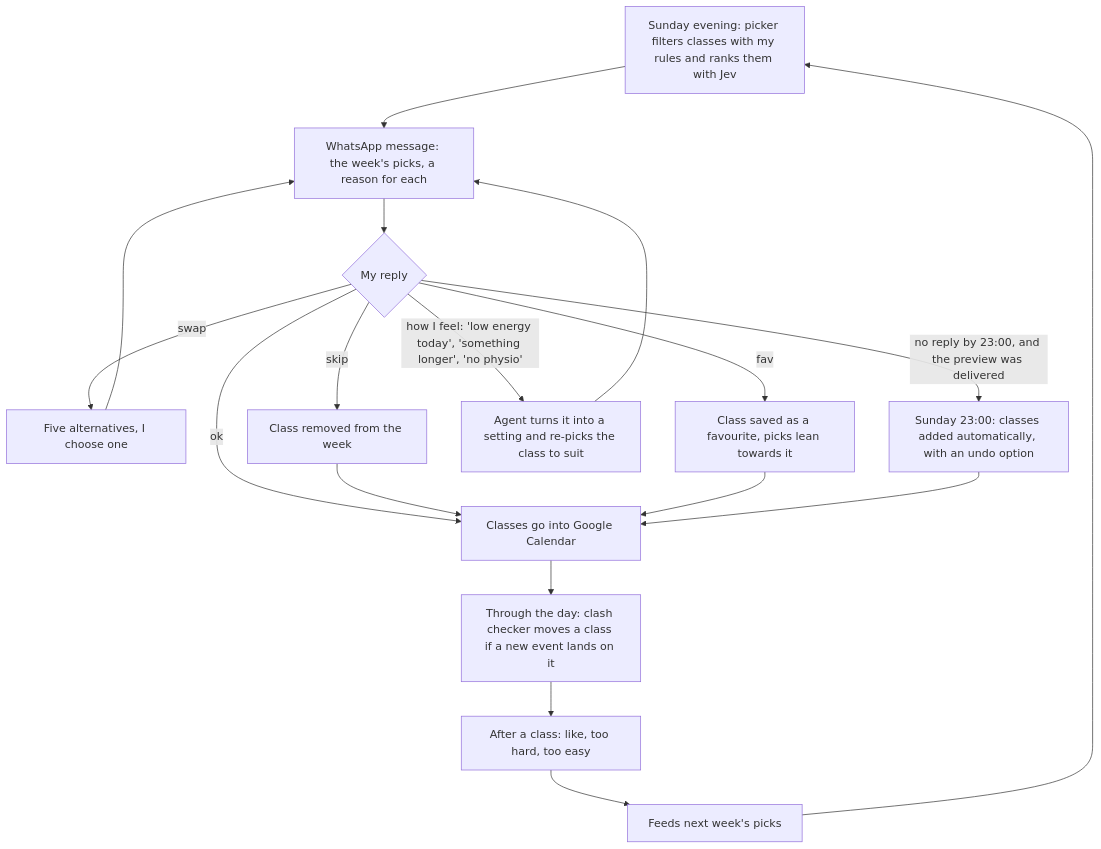
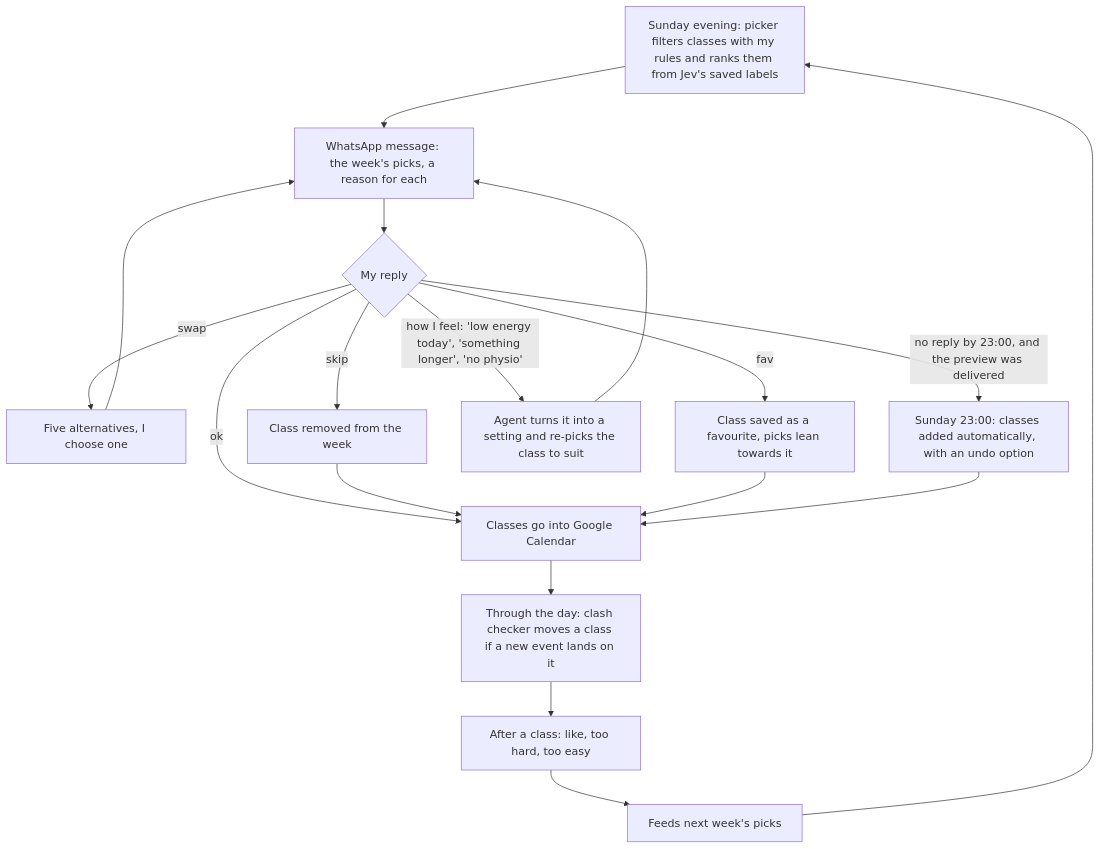
Before and after one commit to HoopieUX/weekly-fitness-class-picker: the second of 2 diagrams in README.md, drawn with Mermaid. The commit also changed other lines of this file and 10 other files, not shown here.

First line of the commit message:
feat: Jev labels once, the weekly run never calls it

````diff
--- a/README.md
+++ b/README.md
@@ -34,16 +34,16 @@
 ```mermaid
 flowchart TD
-    A["Sunday evening: picker filters classes with my rules and ranks them with Jev"] --> B["WhatsApp message: the week's picks, a reason for each"]
+    A["Sunday evening: picker filters classes with my rules and ranks them from Jev's saved labels"] --> B["WhatsApp message: the week's picks, a reason for each"]
     B --> R{"My reply"}
     R -->|ok| CAL["Classes go into Google Calendar"]
     R -->|swap| SW["Five alternatives, I choose one"] --> B
     R -->|skip| SK["Class removed from the week"] --> CAL
     R -->|fav| FV["Class saved as a favourite, picks lean towards it"] --> CAL
     R -->|"how I feel: 'low energy today', 'something longer', 'no physio'"| F["Agent turns it into a setting and re-picks the class to suit"] --> B
     R -->|"no reply by 23:00, and the preview was delivered"| M["Sunday 23:00: classes added automatically, with an undo option"]
     M --> CAL
     CAL --> K["Through the day: clash checker moves a class if a new event lands on it"]
     K --> FB["After a class: like, too hard, too easy"]
     FB --> N["Feeds next week's picks"]
     N --> A
 ```
````
